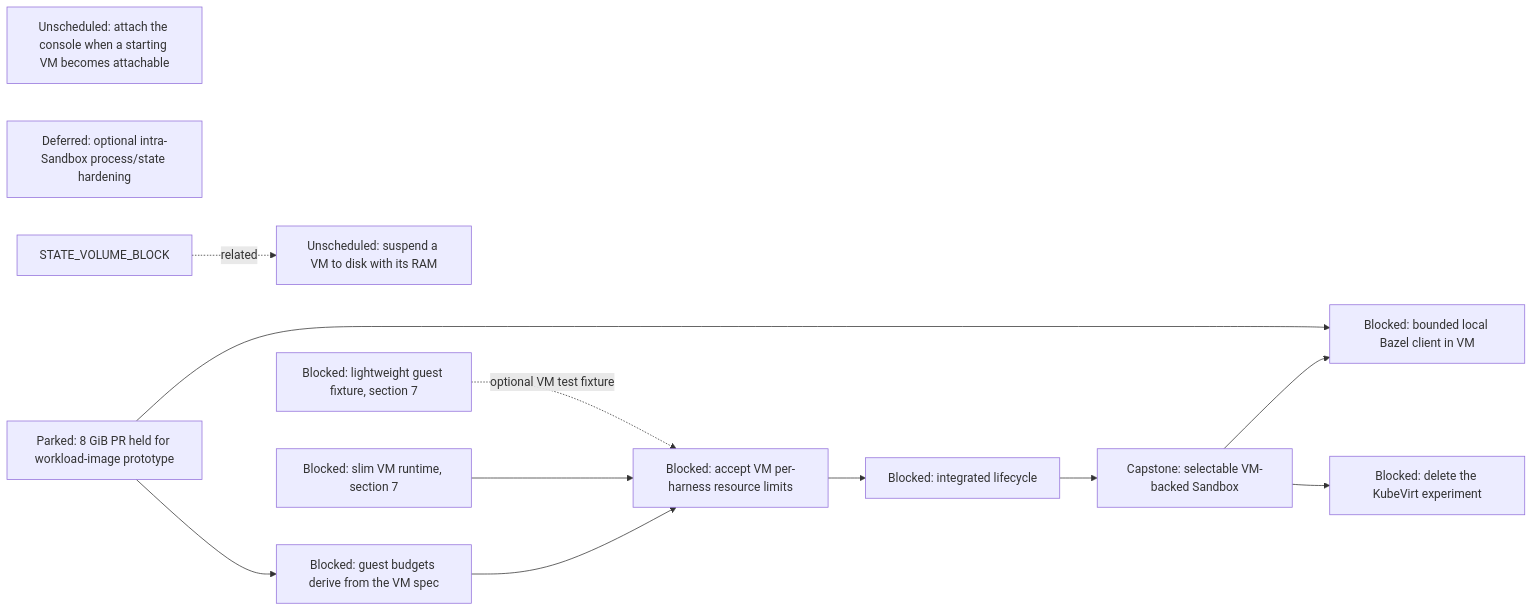
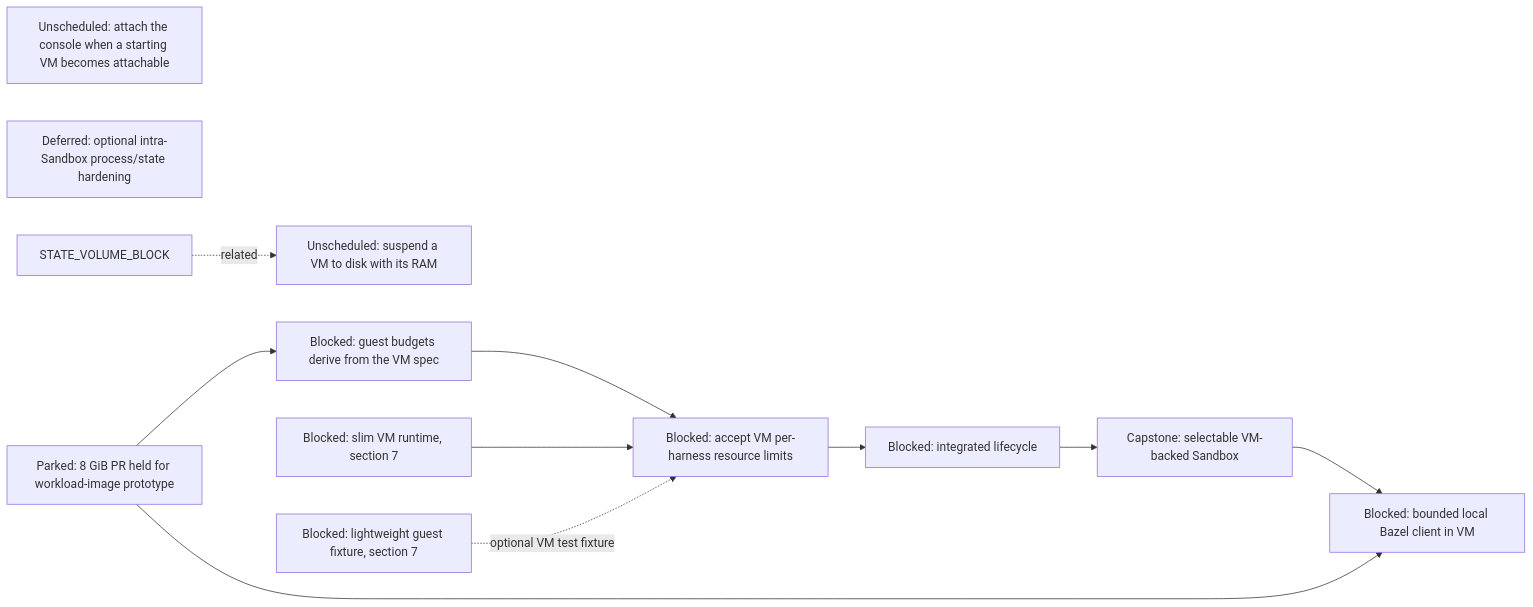
Before and after one commit to agentydragon-agent/ducktape: the sixth of 16 diagrams in agentplane/plans/task_dag.md, drawn with Mermaid. The commit also changed other lines of this file and 15 other files, not shown here.

First line of the commit message:
Remove the retired KubeVirt launcher experiment (#10963)

````diff
--- a/agentplane/plans/task_dag.md
+++ b/agentplane/plans/task_dag.md
@@ -654,22 +654,21 @@
 ```mermaid
 flowchart LR
     VM_RAM_SUSPEND[Unscheduled: suspend a VM to disk with its RAM]
     VM_CONSOLE_DEFERRED_ATTACH[Unscheduled: attach the console when a starting VM becomes attachable]
     VM_HARNESS_RESOURCE_LIMITS[Blocked: accept VM per-harness resource limits]
     VM_INTRA_SANDBOX_HARDENING[Deferred: optional intra-Sandbox process/state hardening]
     RUNNER_LAYERING_VM[Blocked: slim VM runtime, section 7]
     K3S_VM_IMAGE[Blocked: lightweight guest fixture, section 7]
     VM_LIFECYCLE[Blocked: integrated lifecycle]
     STATE_VOLUME_BLOCK -. related .-> VM_RAM_SUSPEND
     VM_HARNESS_RESOURCE_LIMITS --> VM_LIFECYCLE
     VM_GUEST_BUDGET_DERIVE --> VM_HARNESS_RESOURCE_LIMITS
     RUNNER_LAYERING_VM --> VM_HARNESS_RESOURCE_LIMITS
     K3S_VM_IMAGE -. optional VM test fixture .-> VM_HARNESS_RESOURCE_LIMITS
     VM_LIFECYCLE --> SANDBOX_VM_ISOLATION[Capstone: selectable VM-backed Sandbox]
     VM_GUEST_MEMORY[Parked: 8 GiB PR held for workload-image prototype]
     VM_GUEST_BUDGET_DERIVE[Blocked: guest budgets derive from the VM spec]
     VM_GUEST_MEMORY --> VM_GUEST_BUDGET_DERIVE
     SANDBOX_VM_ISOLATION --> LOCAL_BAZEL[Blocked: bounded local Bazel client in VM]
     VM_GUEST_MEMORY --> LOCAL_BAZEL
-    SANDBOX_VM_ISOLATION --> KUBEVIRT_EXPERIMENT_RETIRE[Blocked: delete the KubeVirt experiment]
 ```
````
